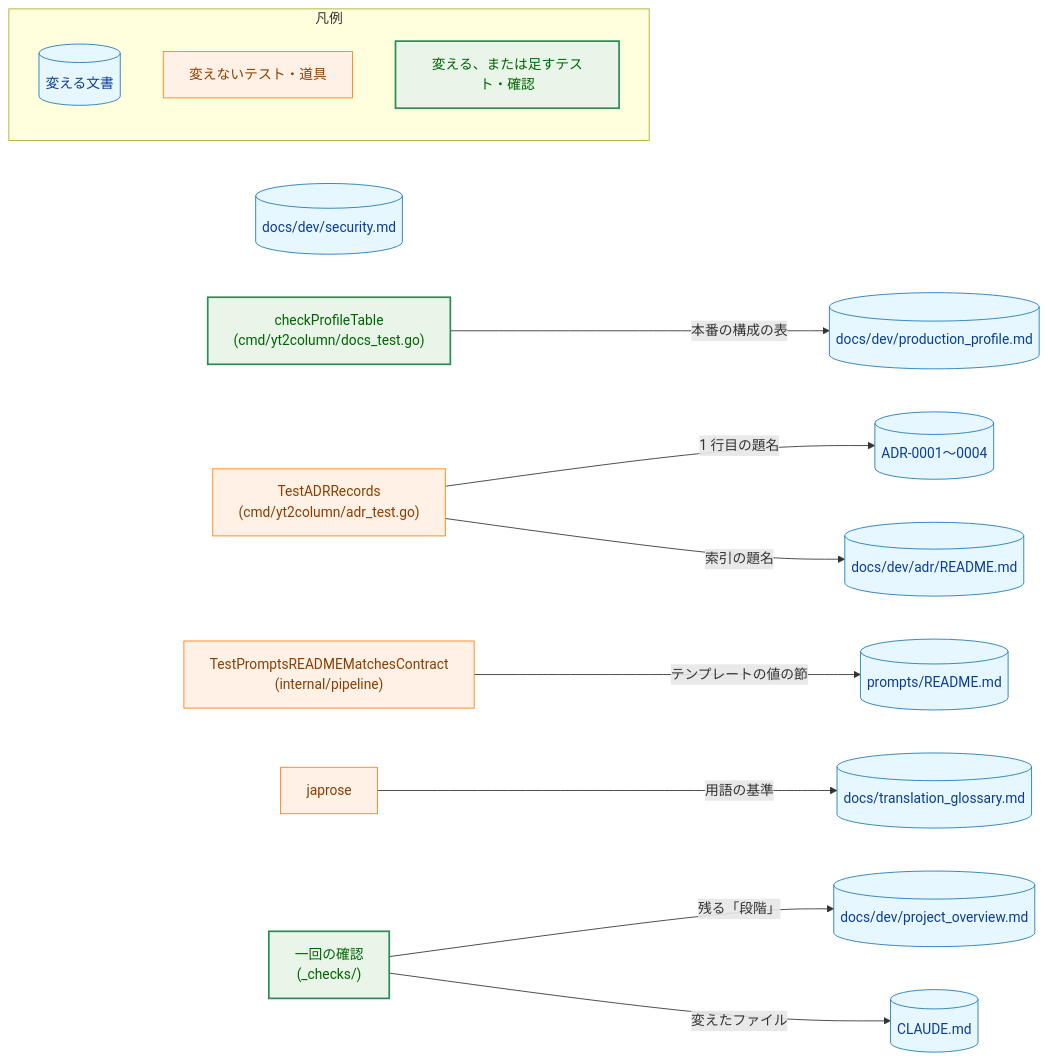
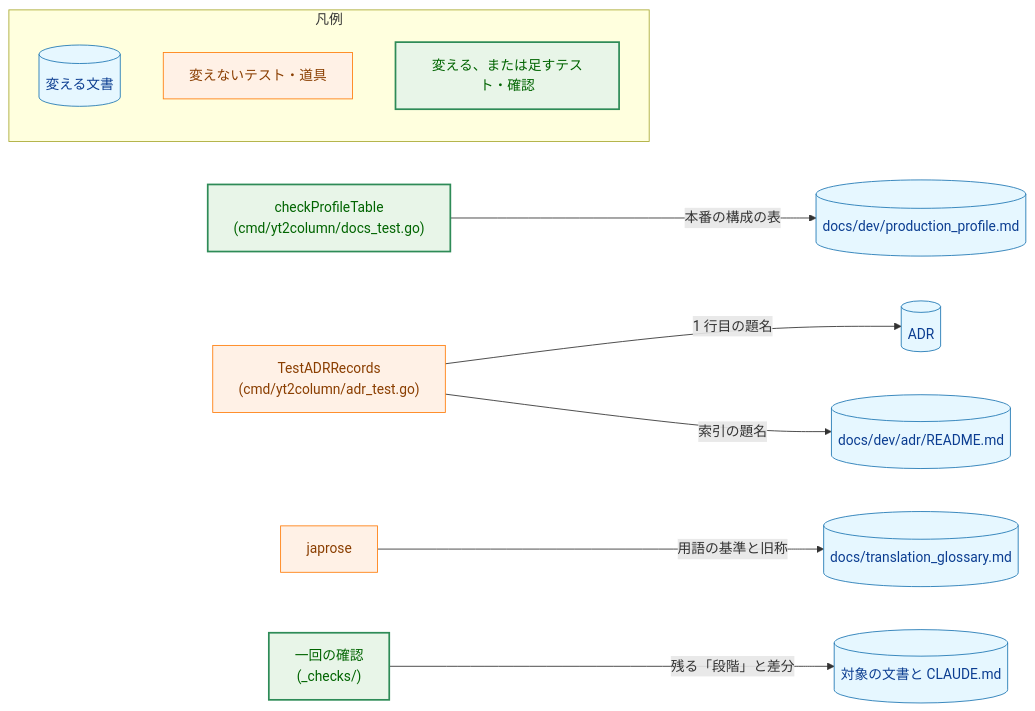
One commit to isseis/yt2column changed the second of 4 diagrams in docs/tasks/0067_stage_terminology/02_architecture.md. Above: the diagram before and after it, drawn with Mermaid. The commit also changed other lines of this file, not shown here.

First line of the commit message:
docs(0067): address the architecture review and Japanese prose pass

````diff
--- a/docs/tasks/0067_stage_terminology/02_architecture.md
+++ b/docs/tasks/0067_stage_terminology/02_architecture.md
@@ -100,42 +111,36 @@
 ```mermaid
 flowchart LR
     classDef data fill:#e6f7ff,stroke:#1f77b4,stroke-width:1px,color:#0b3d91;
     classDef process fill:#fff1e6,stroke:#ff7f0e,stroke-width:1px,color:#8a3e00;
     classDef enhanced fill:#e8f5e8,stroke:#2e8b57,stroke-width:2px,color:#006400;
 
     GLOSS[("docs/translation_glossary.md")]
-    OVERVIEW[("docs/dev/project_overview.md")]
     PROFILE[("docs/dev/production_profile.md")]
-    SECURITY[("docs/dev/security.md")]
-    ADRS[("ADR-0001〜0004")]
+    ADRS[("ADR")]
     INDEX[("docs/dev/adr/README.md")]
-    PROMPTS[("prompts/README.md")]
-    CLAUDEMD[("CLAUDE.md")]
+    TARGETS[("対象の文書と CLAUDE.md")]
 
     DOCSTEST["checkProfileTable<br>(cmd/yt2column/docs_test.go)"]
     ADRTEST["TestADRRecords<br>(cmd/yt2column/adr_test.go)"]
-    PROMPTTEST["TestPromptsREADMEMatchesContract<br>(internal/pipeline)"]
     JAPROSE["japrose"]
     CHECKS["一回の確認<br>(_checks/)"]
 
     DOCSTEST -->|"本番の構成の表"| PROFILE
     ADRTEST -->|"1 行目の題名"| ADRS
     ADRTEST -->|"索引の題名"| INDEX
-    PROMPTTEST -->|"テンプレートの値の節"| PROMPTS
-    JAPROSE -->|"用語の基準"| GLOSS
-    CHECKS -->|"残る「段階」"| OVERVIEW
-    CHECKS -->|"変えたファイル"| CLAUDEMD
+    JAPROSE -->|"用語の基準と旧称"| GLOSS
+    CHECKS -->|"残る「段階」と差分"| TARGETS
 
-    class GLOSS,OVERVIEW,PROFILE,SECURITY,ADRS,INDEX,PROMPTS,CLAUDEMD data
-    class ADRTEST,PROMPTTEST,JAPROSE process
+    class GLOSS,PROFILE,ADRS,INDEX,TARGETS data
+    class ADRTEST,JAPROSE process
     class DOCSTEST,CHECKS enhanced
 
     subgraph Legend["凡例"]
         L1[("変える文書")]
         L2["変えないテスト・道具"]
         L3["変える、または足すテスト・確認"]
     end
     class L1 data
     class L2 process
     class L3 enhanced
 ```
````
